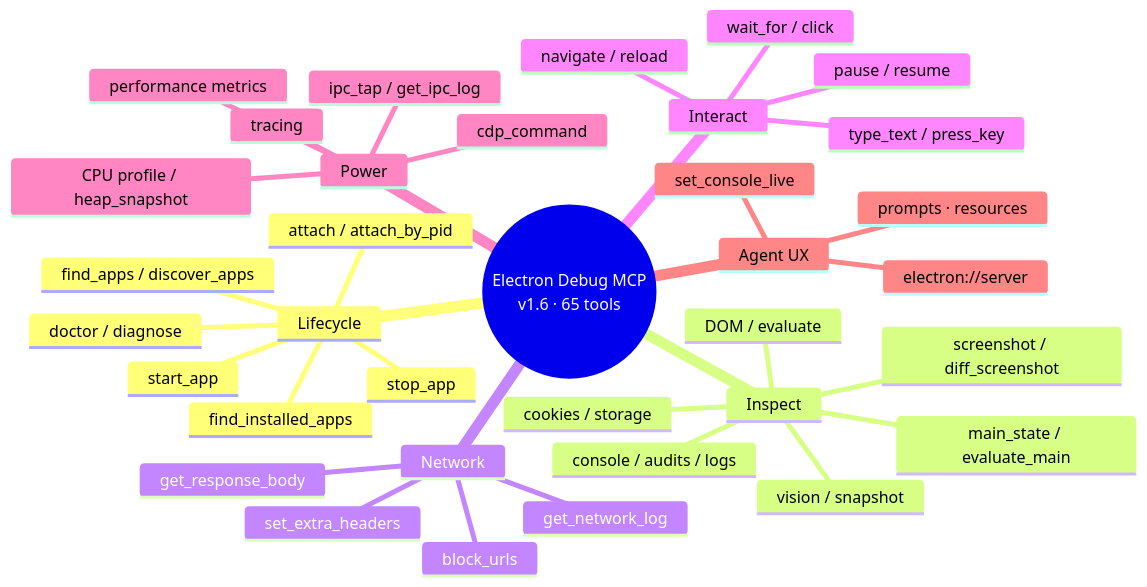
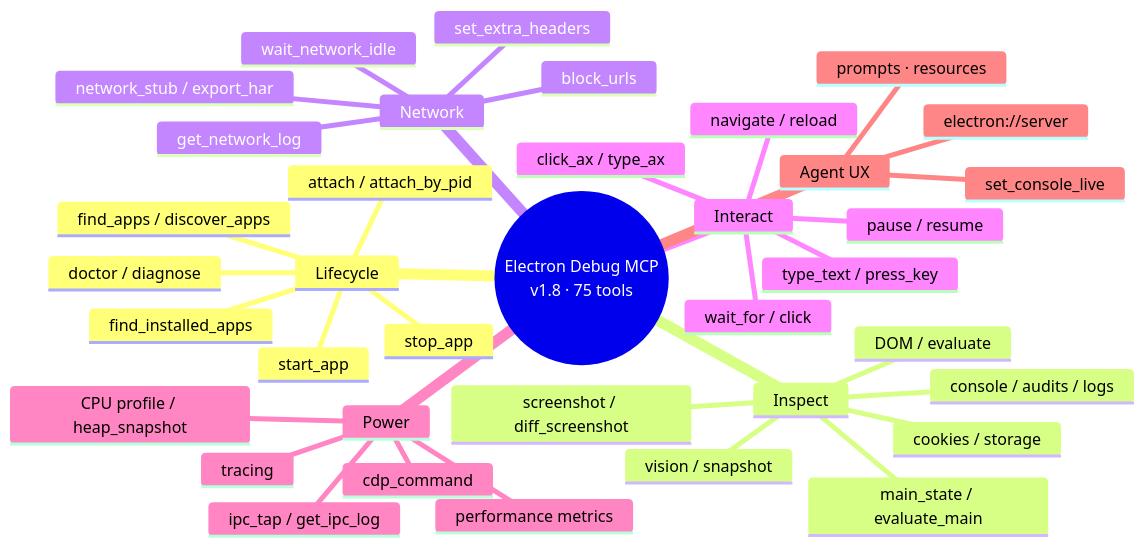
One commit to amafjarkasi/electron-mcp-server changed the first of 5 diagrams in README.md. Above: the diagram before and after it, drawn with Mermaid. The commit also changed other lines of this file and 8 other files, not shown here.

````diff
--- a/README.md
+++ b/README.md
@@ -154,38 +156,40 @@
 ```mermaid
 mindmap
-  root((Electron Debug MCP<br/>v1.6 · 65 tools))
+  root((Electron Debug MCP<br/>v1.8 · 75 tools))
     Lifecycle
       start_app
       attach / attach_by_pid
       find_apps / discover_apps
       find_installed_apps
       doctor / diagnose
       stop_app
     Inspect
       vision / snapshot
       screenshot / diff_screenshot
       DOM / evaluate
       main_state / evaluate_main
       console / audits / logs
       cookies / storage
     Network
       get_network_log
-      get_response_body
+      network_stub / export_har
+      wait_network_idle
       block_urls
       set_extra_headers
     Interact
       wait_for / click
+      click_ax / type_ax
       type_text / press_key
       navigate / reload
       pause / resume
     Power
       tracing
       CPU profile / heap_snapshot
       performance metrics
       ipc_tap / get_ipc_log
       cdp_command
     Agent UX
       prompts · resources
       set_console_live
       electron://server
 ```
````
